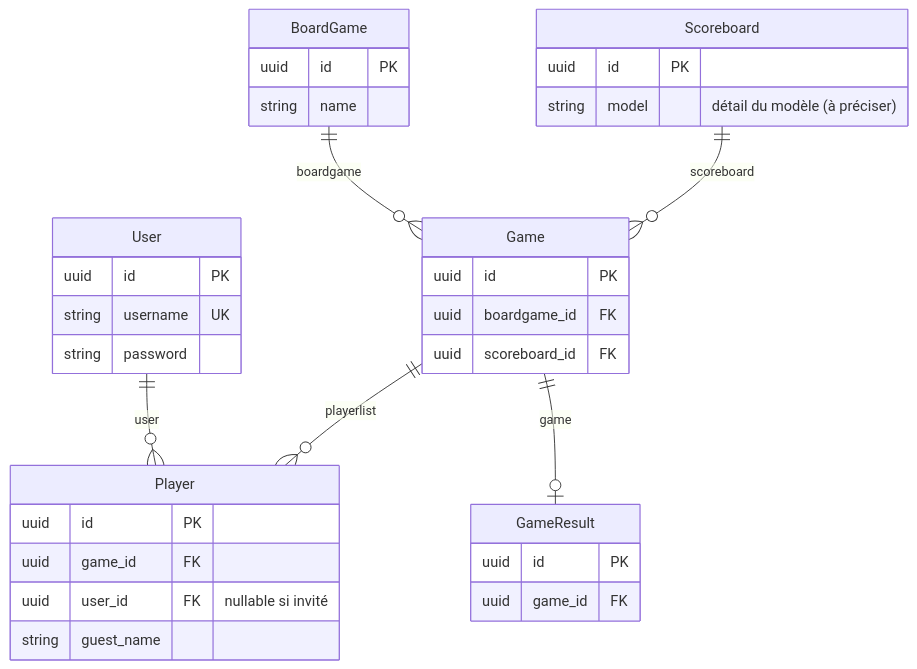
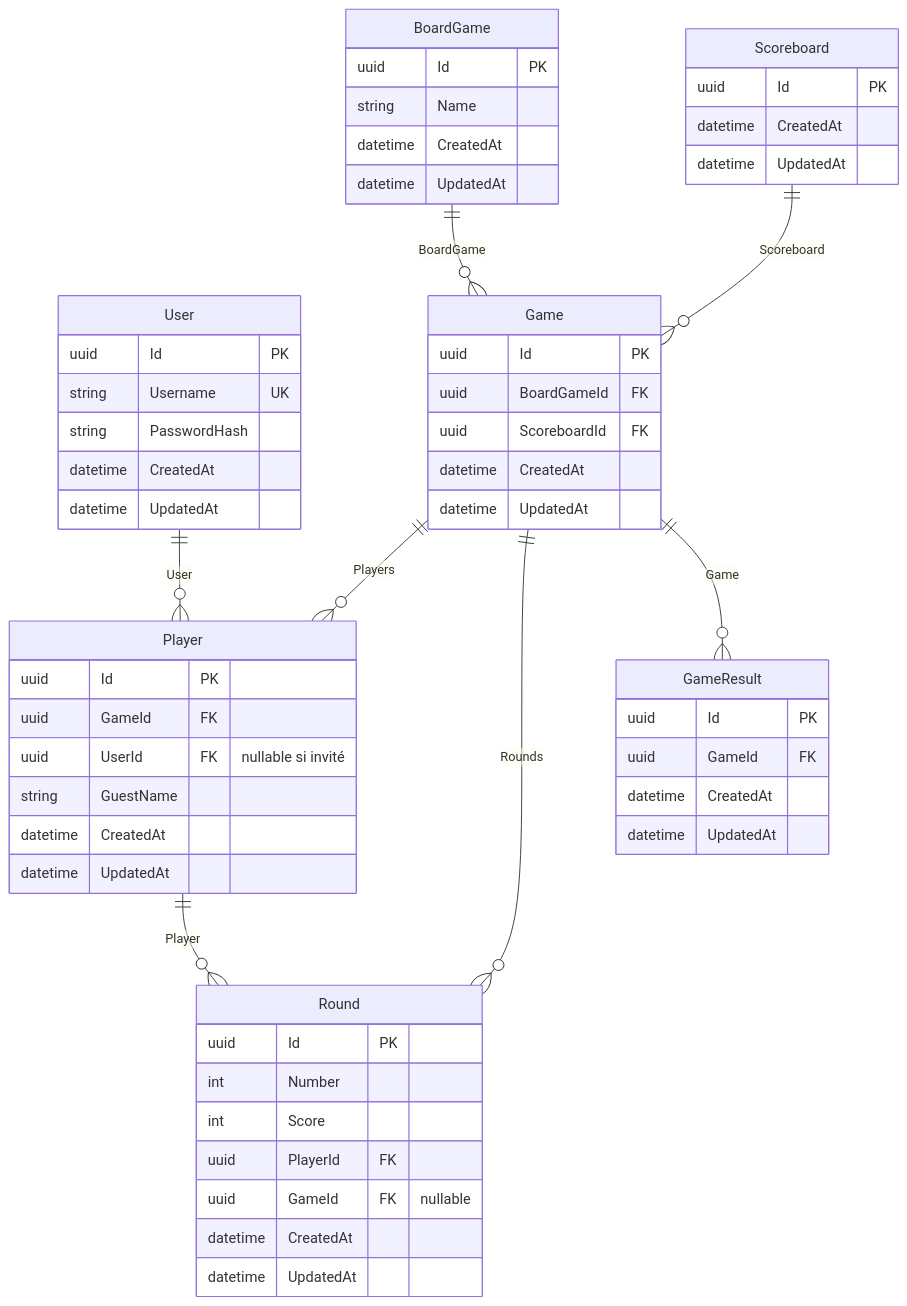
The diagram in project-management/Database.md (hexadj/scorpanion), drawn with Mermaid before and after one commit. The commit also changed other lines of this file, not shown here.

````diff
--- a/project-management/Database.md
+++ b/project-management/Database.md
@@ -76,42 +100,65 @@
 ```mermaid
 erDiagram
     User {
-        uuid id PK
-        string username UK
-        string password
+        uuid Id PK
+        string Username UK
+        string PasswordHash
+        datetime CreatedAt
+        datetime UpdatedAt
     }
 
     BoardGame {
-        uuid id PK
-        string name
+        uuid Id PK
+        string Name
+        datetime CreatedAt
+        datetime UpdatedAt
     }
 
     Scoreboard {
-        uuid id PK
-        string model "détail du modèle (à préciser)"
+        uuid Id PK
+        datetime CreatedAt
+        datetime UpdatedAt
     }
 
     Game {
-        uuid id PK
-        uuid boardgame_id FK
-        uuid scoreboard_id FK
+        uuid Id PK
+        uuid BoardGameId FK
+        uuid ScoreboardId FK
+        datetime CreatedAt
+        datetime UpdatedAt
     }
 
     Player {
-        uuid id PK
-        uuid game_id FK
-        uuid user_id FK "nullable si invité"
-        string guest_name
+        uuid Id PK
+        uuid GameId FK
+        uuid UserId FK "nullable si invité"
+        string GuestName
+        datetime CreatedAt
+        datetime UpdatedAt
+    }
+
+    Round {
+        uuid Id PK
+        int Number
+        int Score
+        uuid PlayerId FK
+        uuid GameId FK "nullable"
+        datetime CreatedAt
+        datetime UpdatedAt
     }
 
     GameResult {
-        uuid id PK
-        uuid game_id FK
+        uuid Id PK
+        uuid GameId FK
+        datetime CreatedAt
+        datetime UpdatedAt
     }
 
-    BoardGame ||--o{ Game : "boardgame"
-    Scoreboard ||--o{ Game : "scoreboard"
-    User ||--o{ Player : "user"
-    Game ||--o{ Player : "playerlist"
-    Game ||--o| GameResult : "game"
+    BoardGame ||--o{ Game : "BoardGame"
+    Scoreboard ||--o{ Game : "Scoreboard"
+    User ||--o{ Player : "User"
+    Game ||--o{ Player : "Players"
+    Game ||--o{ Round : "Rounds"
+    Player ||--o{ Round : "Player"
+    Game ||--o{ GameResult : "Game"
 ```
````
